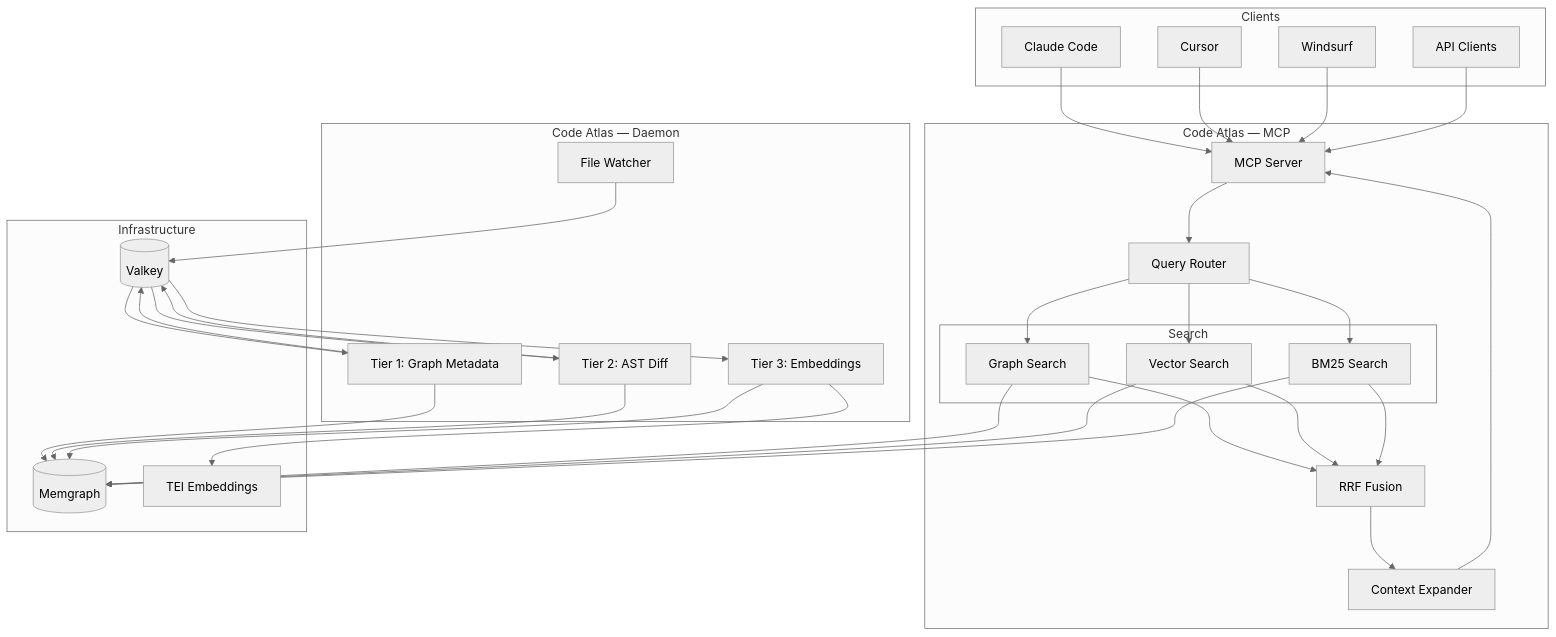
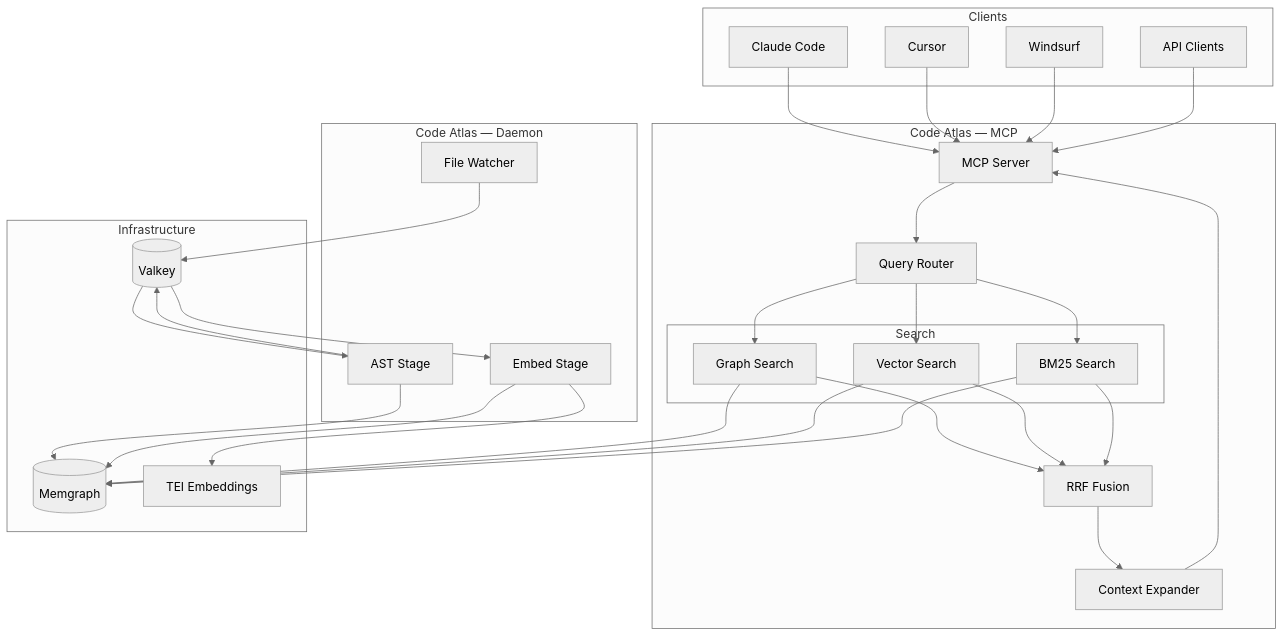
Before and after one commit to SerPeter/code-atlas: the first of 3 diagrams in docs/architecture.md, drawn with Mermaid (neutral theme). The commit also changed other lines of this file and 20 other files, not shown here.

First line of the commit message:
refactor(indexing): eliminate Tier 1, add hash gate & cooldown, rename to AST/Embed (#9)

````diff
--- a/docs/architecture.md
+++ b/docs/architecture.md
@@ -17,68 +17,64 @@
 ```mermaid
 graph TB
     subgraph Clients
         CC[Claude Code]
         CU[Cursor]
         WS[Windsurf]
         API[API Clients]
     end
 
     subgraph "Code Atlas — Daemon"
         FW[File Watcher]
-        T1[Tier 1: Graph Metadata]
-        T2[Tier 2: AST Diff]
-        T3[Tier 3: Embeddings]
+        AST[AST Stage]
+        EMB[Embed Stage]
     end
 
     subgraph "Code Atlas — MCP"
         MCP[MCP Server]
         QR[Query Router]
 
         subgraph Search
             GS[Graph Search]
             VS[Vector Search]
             BS[BM25 Search]
         end
 
         RRF[RRF Fusion]
         CE[Context Expander]
     end
 
     subgraph Infrastructure
         VK[(Valkey)]
         MG[(Memgraph)]
         TEI[TEI Embeddings]
     end
 
     CC --> MCP
     CU --> MCP
     WS --> MCP
     API --> MCP
 
     MCP --> QR
     QR --> GS
     QR --> VS
     QR --> BS
 
     GS --> RRF
     VS --> RRF
     BS --> RRF
 
     RRF --> CE
     CE --> MCP
 
     GS --> MG
     VS --> MG
     BS --> MG
 
     FW --> VK
-    VK --> T1
-    T1 --> VK
-    VK --> T2
-    T2 --> VK
-    VK --> T3
-    T1 --> MG
-    T2 --> MG
-    T3 --> MG
-    T3 --> TEI
+    VK --> AST
+    AST --> VK
+    VK --> EMB
+    AST --> MG
+    EMB --> MG
+    EMB --> TEI
 ```
````
